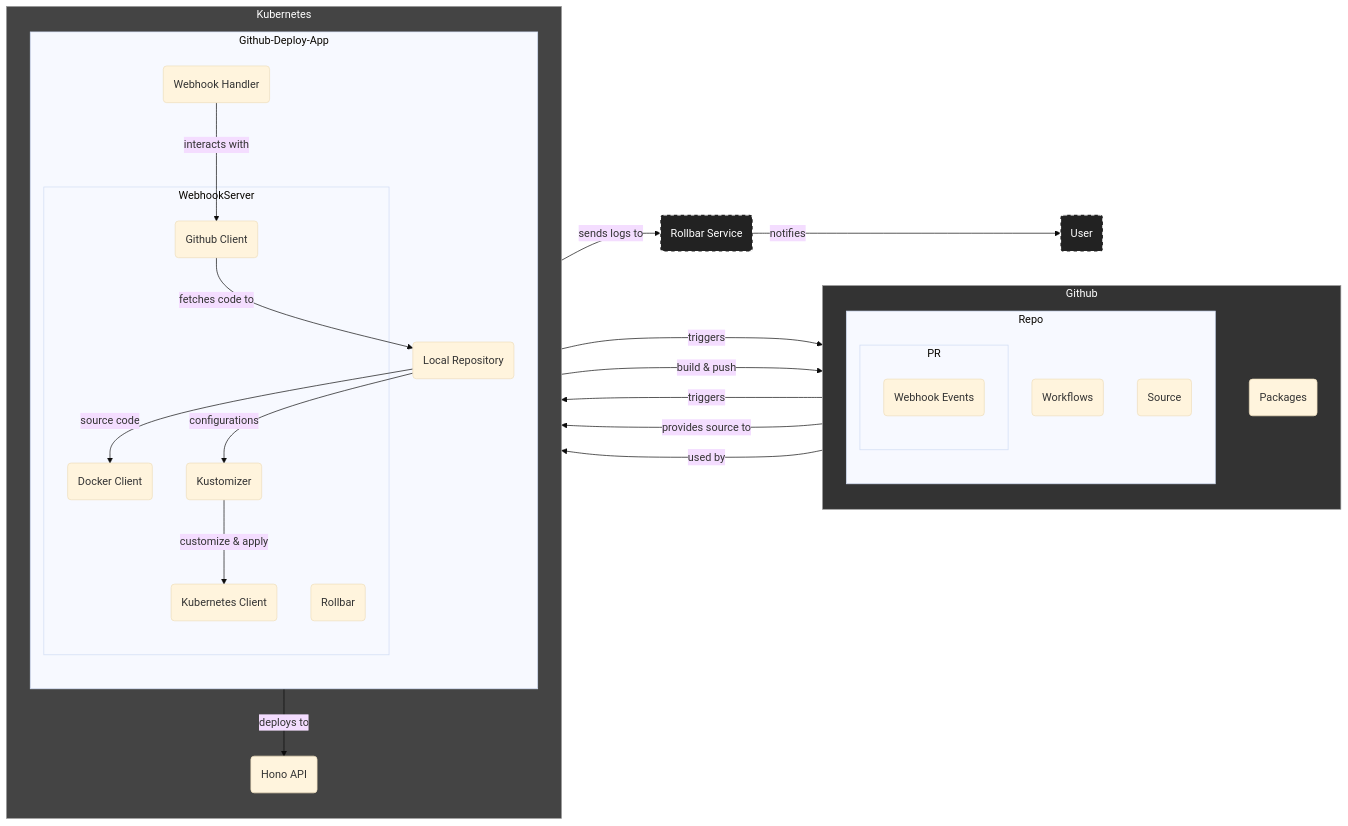
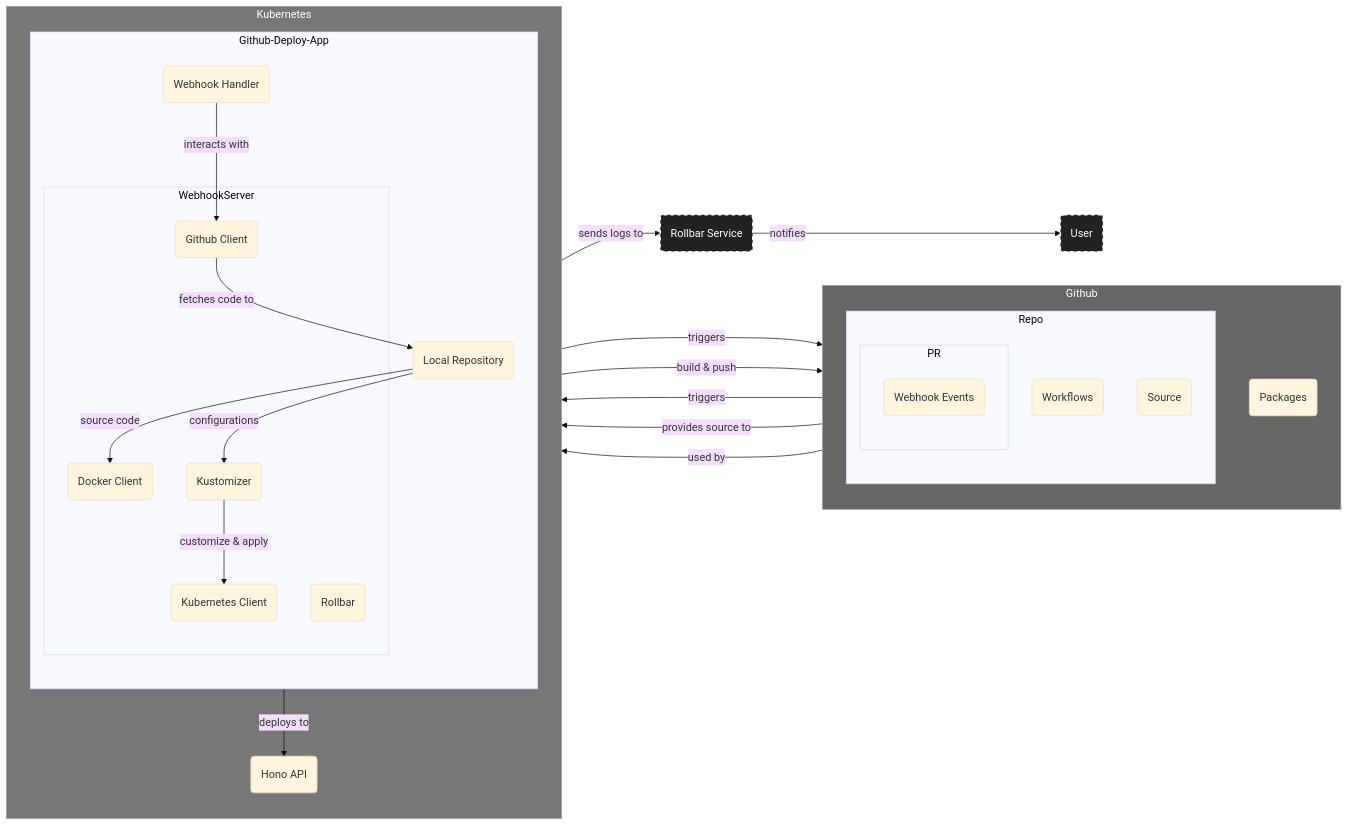
One commit to uib-ub/hono-kube-deploy-automation changed the first of 2 diagrams in README.md. Above: the diagram before and after it, drawn with Mermaid (base theme).

Commit message:
update readme [actions skip]

````diff
--- a/README.md
+++ b/README.md
@@ -34,68 +34,68 @@
 ```mermaid
 flowchart LR
     User(User)
     WebhookEvents(Webhook Events)
     Packages(Packages)
     Workflows(Workflows)
     Source(Source)
     WebhookHandler(Webhook Handler)
     GithubClient(Github Client)
     DockerClient(Docker Client)
     Kustomizer(Kustomizer)
     KubeClient(Kubernetes Client)
     LocalRepo(Local Repository)
     Rollbar(Rollbar)
     HonoApi(Hono API)
     RollbarService(Rollbar Service)
     
     subgraph Github
         direction TB
         subgraph Repo
             direction TB
             subgraph PR
                 WebhookEvents
             end
             Workflows
             Source
         end
         Packages
     end
     
     subgraph Kubernetes
         direction TB
         subgraph Github-Deploy-App
             direction TB
             WebhookHandler
             subgraph WebhookServer
                 GithubClient
                 DockerClient
                 Kustomizer
                 KubeClient
                 Rollbar
             end
             LocalRepo
         end
         HonoApi
     end
     
     WebhookEvents -- triggers --> WebhookHandler
     WebhookHandler -- interacts with --> GithubClient
     Source -- provides source to --> GithubClient
     GithubClient -- fetches code to --> LocalRepo
     GithubClient -- triggers ---> Workflows
     DockerClient -- build & push --> Packages
     LocalRepo -- source code --> DockerClient
     LocalRepo -- configurations --> Kustomizer
     Kustomizer -- customize & apply --> KubeClient
     KubeClient -- deploys to --> HonoApi
     Packages -- used by --> HonoApi
     Rollbar -- sends logs to --> RollbarService
     RollbarService -- notifies --> User
 
-    classDef gh fill:#333333,stroke:#999999,stroke-width:1px,color:#ffffff;
-    classDef k8s fill:#444444,stroke:#999999,stroke-width:1px,color:#ffffff;
+    classDef gh fill:#666666,stroke:#999999,stroke-width:1px,color:#ffffff;
+    classDef k8s fill:#777777,stroke:#999999,stroke-width:1px,color:#ffffff;
     classDef external fill:#222222,stroke:#ffffff,stroke-width:2px,stroke-dasharray: 5 5,color:#ffffff;
     class Github gh;
     class Kubernetes k8s;
     class RollbarService,User external;
 ```
````
